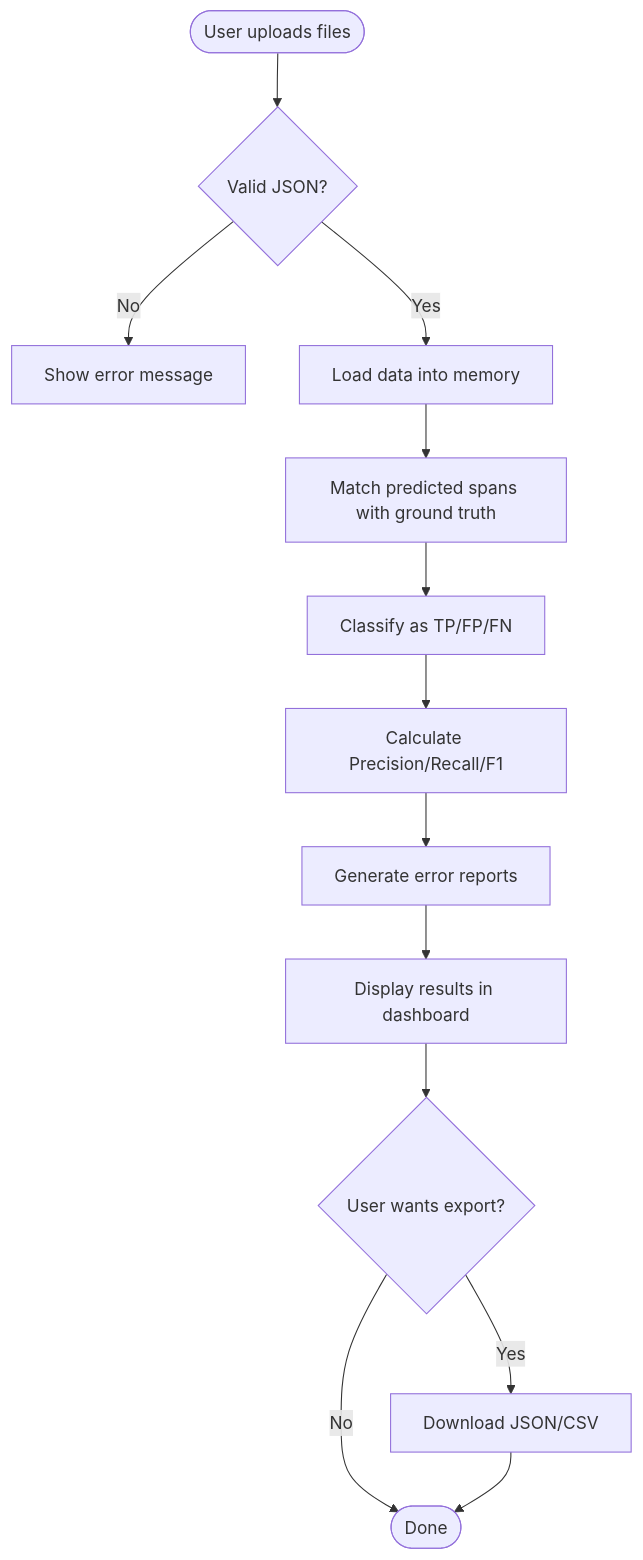
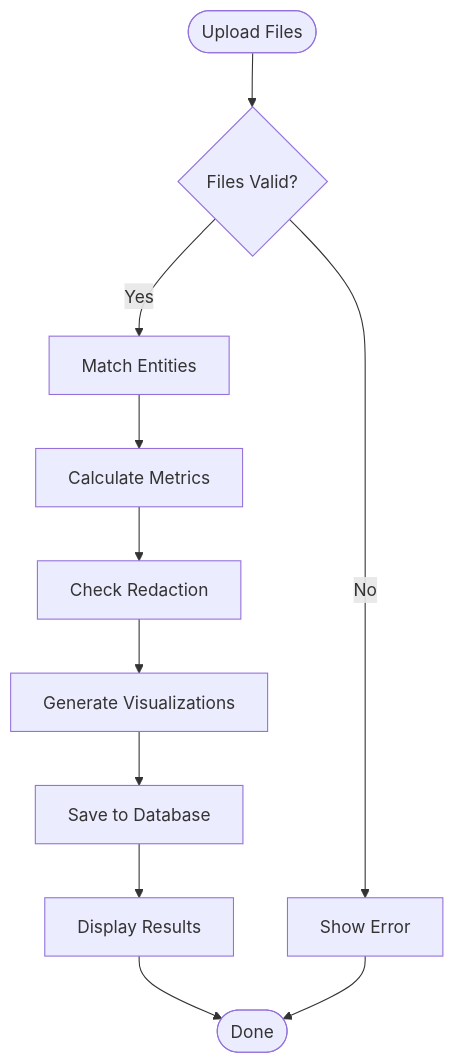
The sixth of 7 diagrams in architecture.md (anudra/pii-benchmark-framework), drawn with Mermaid before and after one commit. The commit also changed other lines of this file and 44 other files, not shown here.

````diff
--- a/architecture.md
+++ b/architecture.md
@@ -188,15 +135,13 @@
 ```mermaid
 flowchart TD
-    Start([User uploads files]) --> Validate{Valid JSON?}
-    Validate -->|No| Error[Show error message]
-    Validate -->|Yes| Load[Load data into memory]
-    Load --> Match[Match predicted spans with ground truth]
-    Match --> Classify[Classify as TP/FP/FN]
-    Classify --> Metrics[Calculate Precision/Recall/F1]
-    Metrics --> Errors[Generate error reports]
-    Errors --> Display[Display results in dashboard]
-    Display --> Export{User wants export?}
-    Export -->|Yes| Save[Download JSON/CSV]
-    Export -->|No| End([Done])
-    Save --> End
+    Start([Upload Files]) --> Check{Files Valid?}
+    Check -->|No| Error[Show Error]
+    Check -->|Yes| Match[Match Entities]
+    Match --> Calc[Calculate Metrics]
+    Calc --> Redact[Check Redaction]
+    Redact --> Visual[Generate Visualizations]
+    Visual --> Save[Save to Database]
+    Save --> Show[Display Results]
+    Show --> Done([Done])
+    Error --> Done
 ```
````
